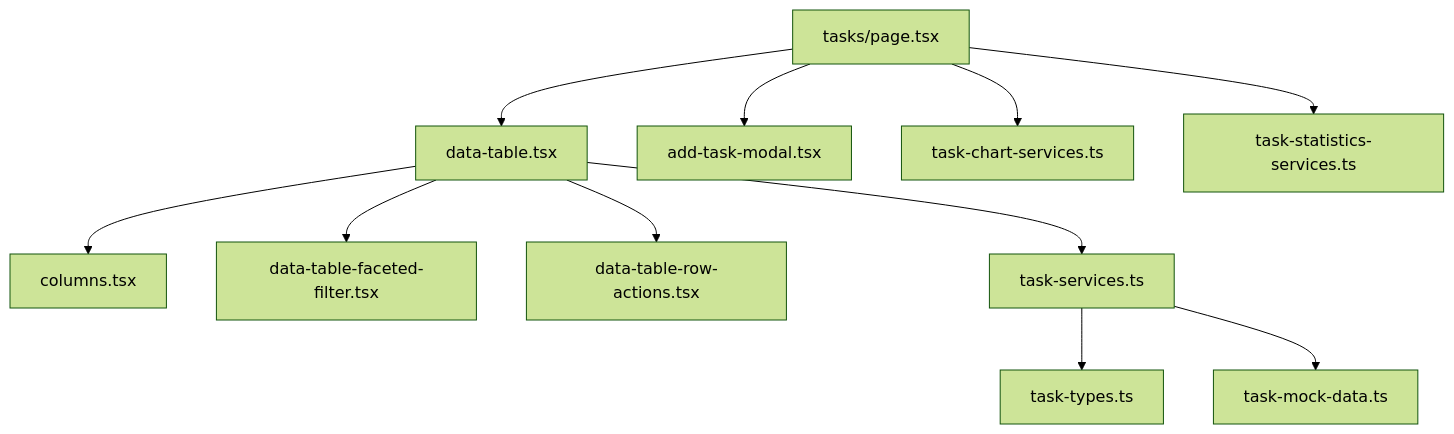
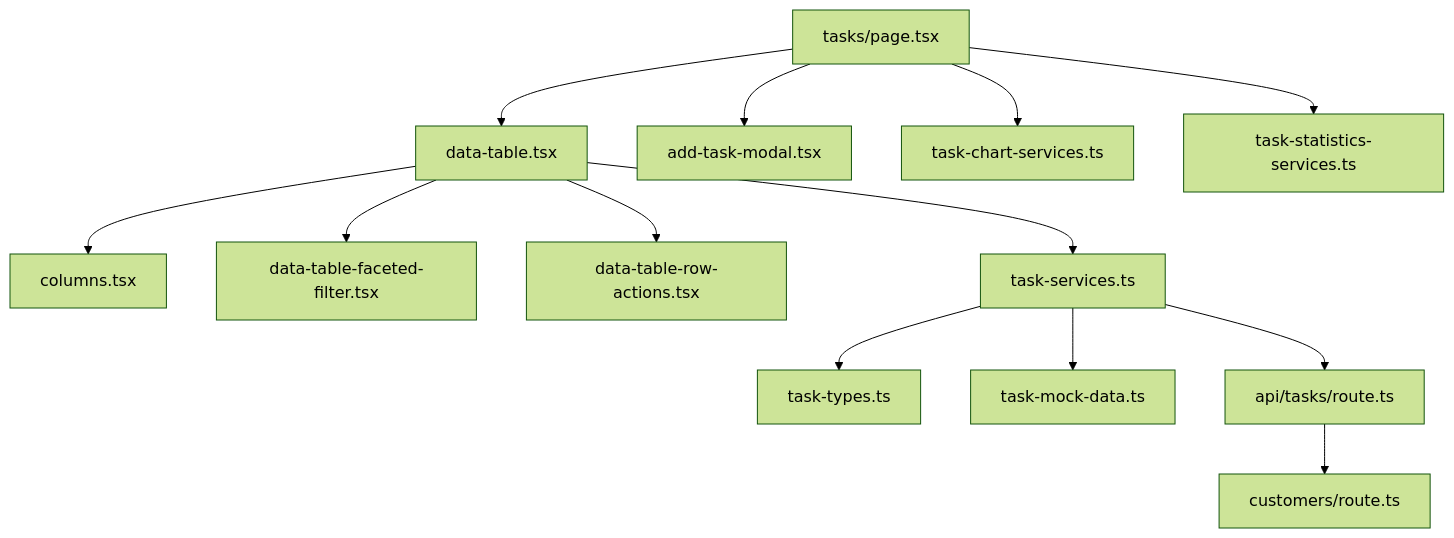
The seventh of 7 diagrams in .qoder/repowiki/en/content/Data Management Modules/Task Management.md (ngothanhtung/claude-code-shadcn-dashboard), drawn with Mermaid (forest theme) before and after one commit. The commit also changed other lines of this file and 165 other files, not shown here.

````diff
--- a/.qoder/repowiki/en/content/Data Management Modules/Task Management.md
+++ b/.qoder/repowiki/en/content/Data Management Modules/Task Management.md
@@ -392,13 +493,15 @@
 ```mermaid
 graph TB
 Page["tasks/page.tsx"] --> DT["data-table.tsx"]
 Page --> AM["add-task-modal.tsx"]
 DT --> COL["columns.tsx"]
 DT --> FAC["data-table-faceted-filter.tsx"]
 DT --> ROW["data-table-row-actions.tsx"]
 DT --> SVC["task-services.ts"]
 SVC --> TYPES["task-types.ts"]
 SVC --> MOCK["task-mock-data.ts"]
+SVC --> API["api/tasks/route.ts"]
+API --> CUST["customers/route.ts"]
 Page --> CHART["task-chart-services.ts"]
 Page --> STATS["task-statistics-services.ts"]
 ```
````
